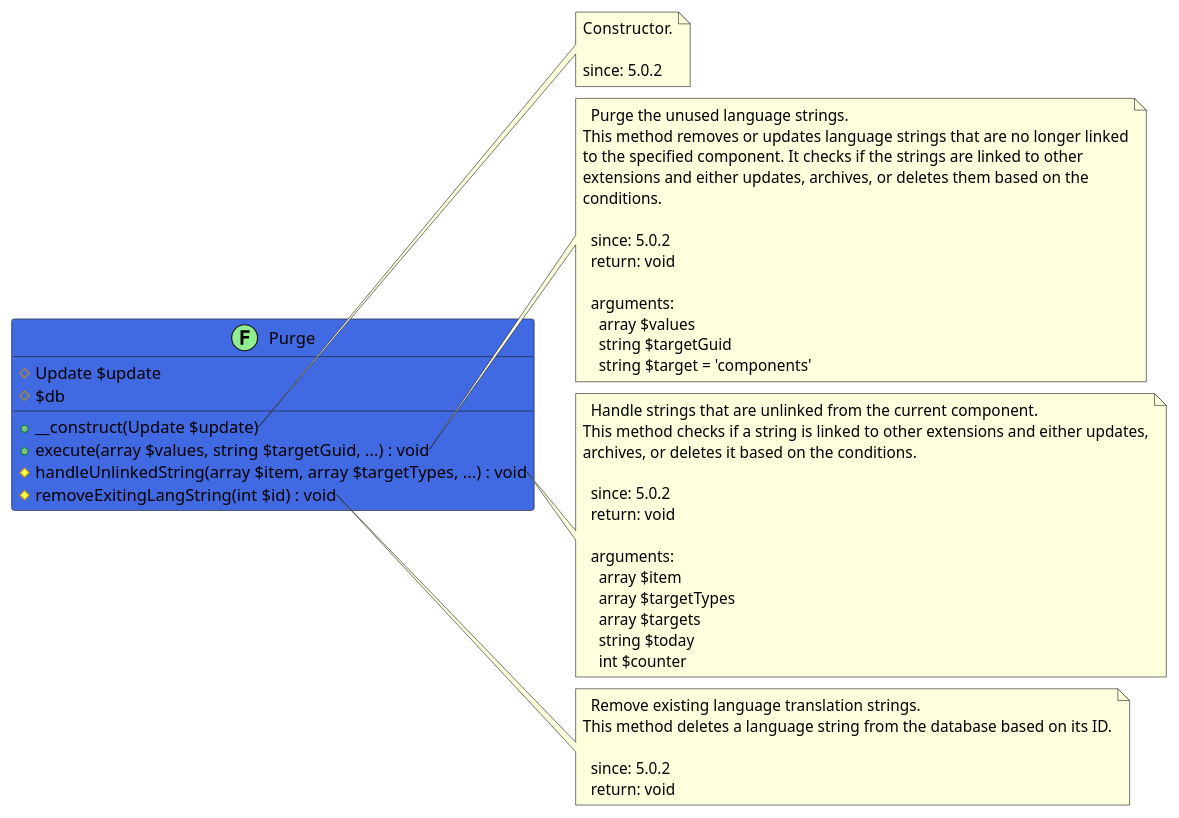
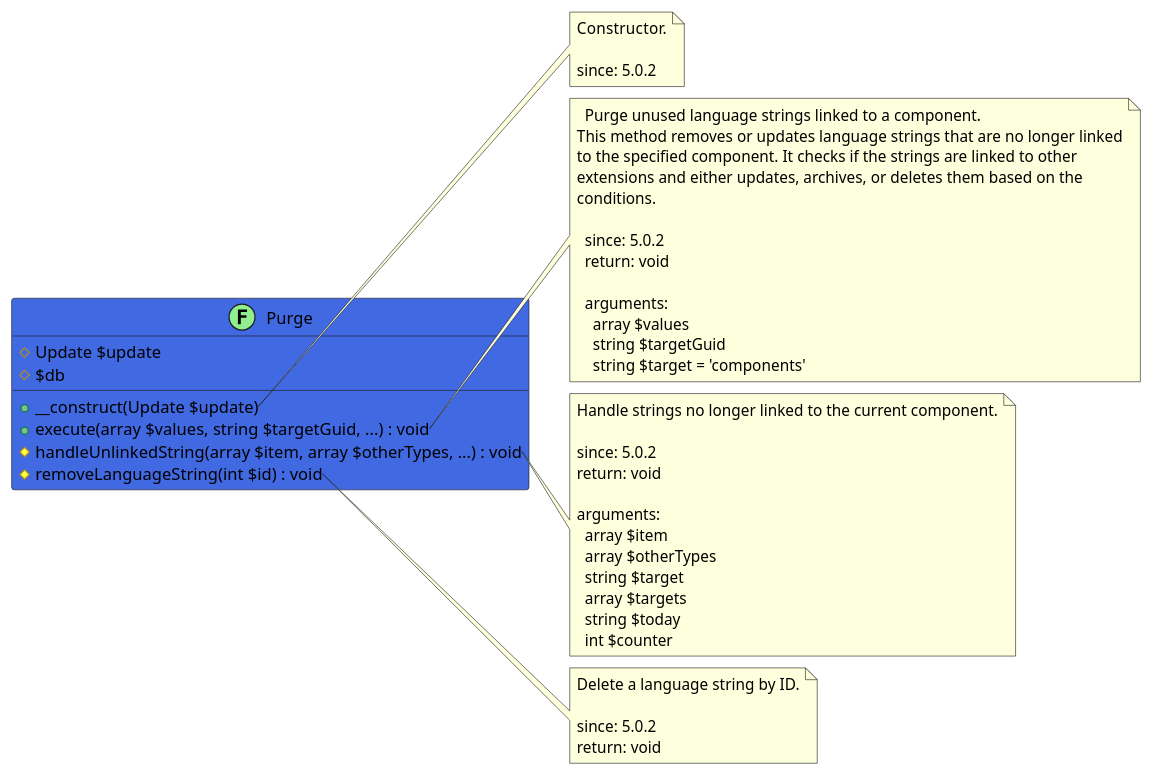
Before and after one commit to joomengine/jcb-compiler: the diagram in src/0b0e574c-aab4-4eaf-96d8-d7210d8ed93e/README.md, drawn with PlantUML. The commit also changed other lines of this file and 585 other files, not shown here.

````diff
--- a/src/0b0e574c-aab4-4eaf-96d8-d7210d8ed93e/README.md
+++ b/src/0b0e574c-aab4-4eaf-96d8-d7210d8ed93e/README.md
@@ -12,59 +5,58 @@
 ```uml
 @startuml
+
 class Purge << (F,LightGreen) >> #RoyalBlue {
   # Update $update
   # $db
   + __construct(Update $update)
   + execute(array $values, string $targetGuid, ...) : void
-  # handleUnlinkedString(array $item, array $targetTypes, ...) : void
-  # removeExitingLangString(int $id) : void
+  # handleUnlinkedString(array $item, array $otherTypes, ...) : void
+  # removeLanguageString(int $id) : void
 }
 
 note right of Purge::__construct
   Constructor.
 
   since: 5.0.2
 end note
 
 note right of Purge::execute
-  Purge the unused language strings.
+  Purge unused language strings linked to a component.
 This method removes or updates language strings that are no longer linked
 to the specified component. It checks if the strings are linked to other
 extensions and either updates, archives, or deletes them based on the
 conditions.
 
   since: 5.0.2
   return: void
   
   arguments:
     array $values
     string $targetGuid
     string $target = 'components'
 end note
 
 note right of Purge::handleUnlinkedString
-  Handle strings that are unlinked from the current component.
-This method checks if a string is linked to other extensions and either updates,
-archives, or deletes it based on the conditions.
+  Handle strings no longer linked to the current component.
 
   since: 5.0.2
   return: void
   
   arguments:
     array $item
-    array $targetTypes
+    array $otherTypes
+    string $target
     array $targets
     string $today
     int $counter
 end note
 
-note right of Purge::removeExitingLangString
-  Remove existing language translation strings.
-This method deletes a language string from the database based on its ID.
+note right of Purge::removeLanguageString
+  Delete a language string by ID.
 
   since: 5.0.2
   return: void
 end note
- 
+
 @enduml
 ```
````
